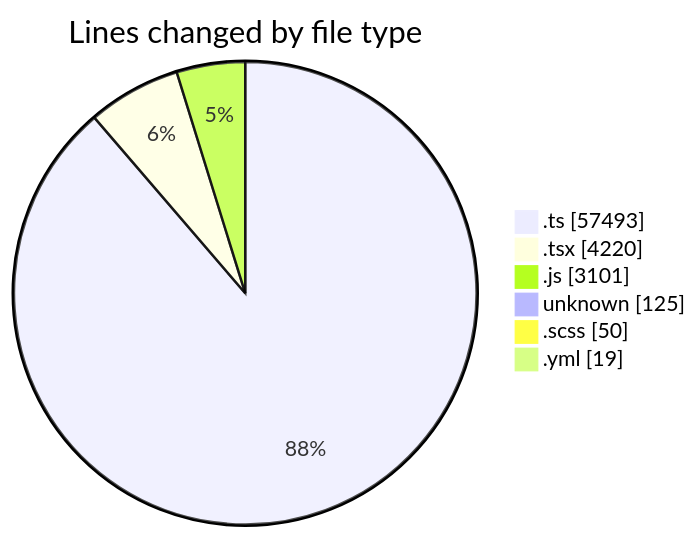
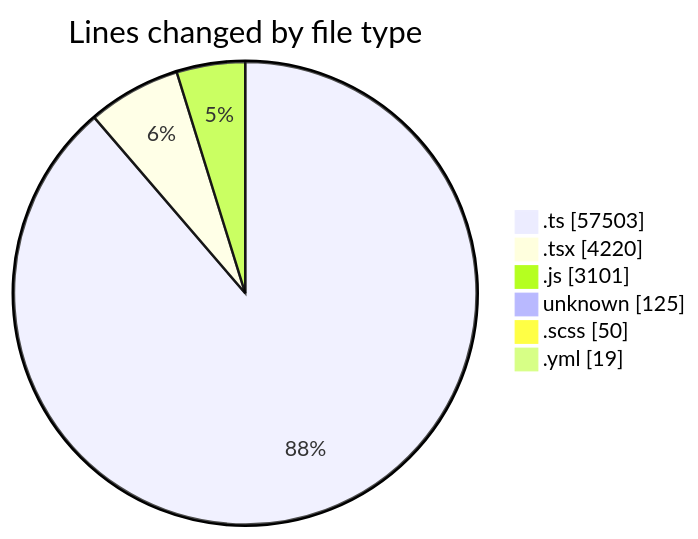
Before and after one commit to momahboobian/code-tracking: the first of 2 diagrams in 2026-09-18/cda/README.md, drawn with Mermaid. The commit also changed other lines of this file and 1 other file, not shown here.

````diff
--- a/2026-09-18/cda/README.md
+++ b/2026-09-18/cda/README.md
@@ -59,10 +59,10 @@
 ```mermaid
 pie showData
 title Lines changed by file type
-".ts" : 57493
+".ts" : 57503
 ".tsx" : 4220
 ".js" : 3101
 "unknown" : 125
 ".scss" : 50
 ".yml" : 19
 ```
````
